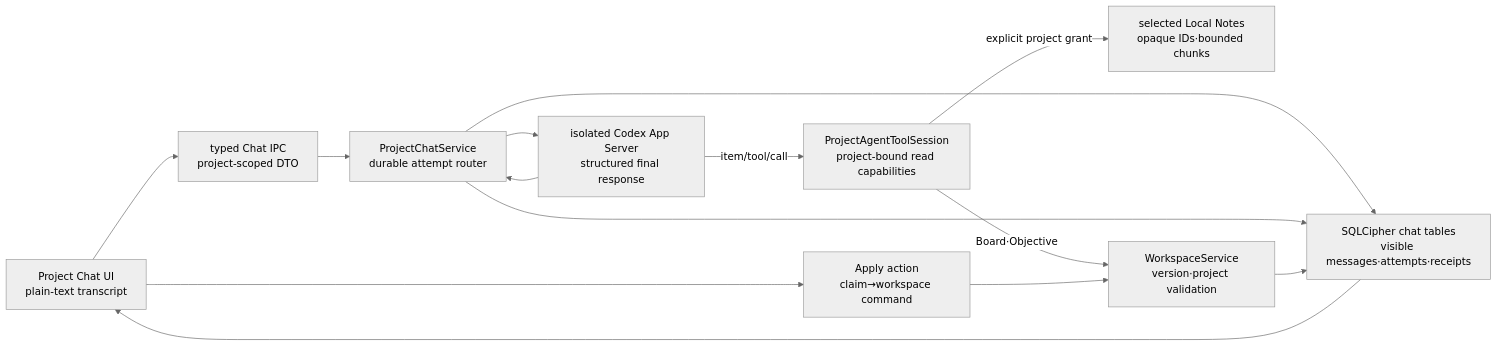
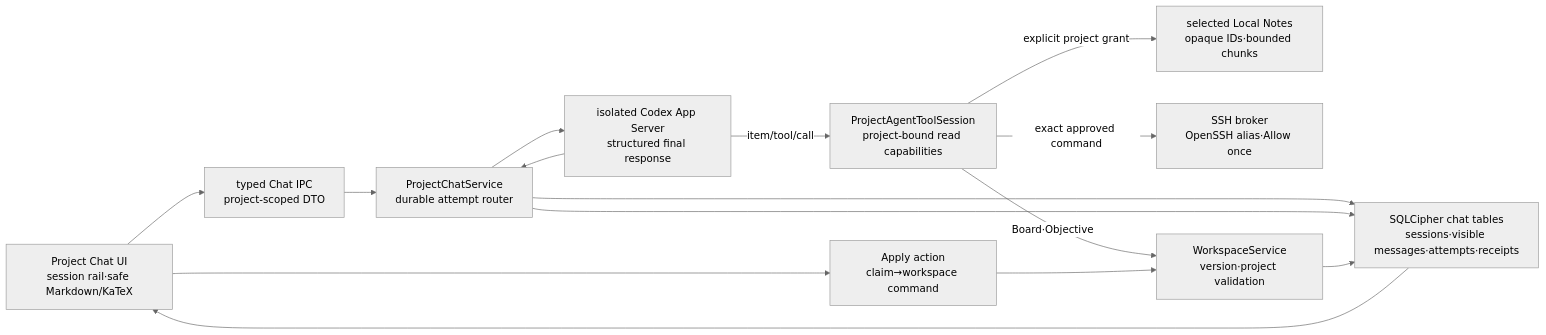
The fifth of 6 diagrams in docs/ARCHITECTURE.md (gli-minsuk-shin/GOSU), drawn with Mermaid (neutral theme) before and after one commit. The commit also changed other lines of this file and 54 other files, not shown here.

Commit message:
feat(desktop): add chat sessions math and approved SSH (#27)

````diff
--- a/docs/ARCHITECTURE.md
+++ b/docs/ARCHITECTURE.md
@@ -557,22 +597,24 @@
 ```mermaid
 flowchart LR
-  ChatUI["Project Chat UI\nplain-text transcript"]
+  ChatUI["Project Chat UI\nsession rail·safe Markdown/KaTeX"]
   ChatIPC["typed Chat IPC\nproject-scoped DTO"]
   ChatService["ProjectChatService\ndurable attempt router"]
   ToolGateway["ProjectAgentToolSession\nproject-bound read capabilities"]
   Codex["isolated Codex App Server\nstructured final response"]
   Vault["selected Local Notes\nopaque IDs·bounded chunks"]
-  ChatDB["SQLCipher chat tables\nvisible messages·attempts·receipts"]
+  SSH["SSH broker\nOpenSSH alias·Allow once"]
+  ChatDB["SQLCipher chat tables\nsessions·visible messages·attempts·receipts"]
   Approval["Apply action\nclaim→workspace command"]
   Workspace["WorkspaceService\nversion·project validation"]
 
   ChatUI --> ChatIPC --> ChatService --> ChatDB
   ChatService --> Codex
   Codex -->|"item/tool/call"| ToolGateway
   ToolGateway -->|"Board·Objective"| Workspace
   ToolGateway -->|"explicit project grant"| Vault
+  ToolGateway -->|"exact approved command"| SSH
   Codex --> ChatService --> ChatDB
   ChatDB --> ChatUI
   ChatUI --> Approval --> Workspace
   Workspace --> ChatDB
 ```
````
